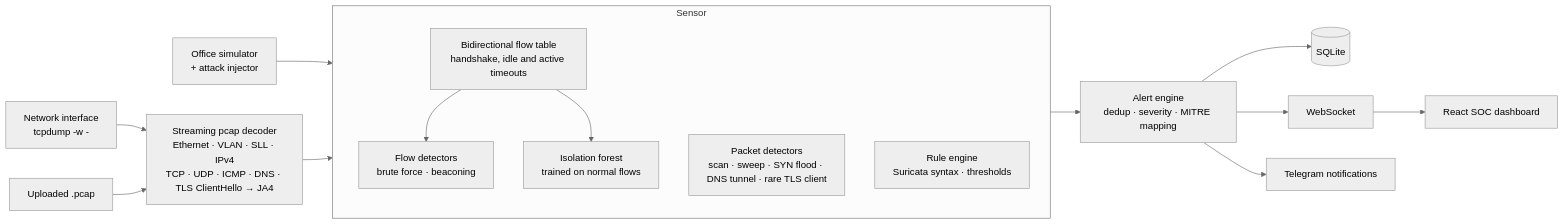
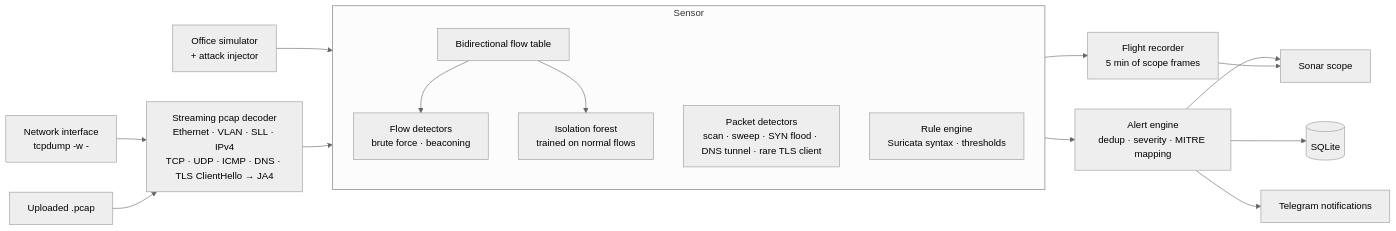
The diagram in README.md (Vishwanathanirv/Real-time-Intrusion-Detection-System-main), drawn with Mermaid (neutral theme) before and after one commit. The commit also changed other lines of this file and 25 other files, not shown here.

````diff
--- a/README.md
+++ b/README.md
@@ -67,20 +52,22 @@
 ```mermaid
 flowchart LR
   NIC[Network interface<br/>tcpdump -w -] --> P
   UP[Uploaded .pcap] --> P
   SIM[Office simulator<br/>+ attack injector] --> S
   P[Streaming pcap decoder<br/>Ethernet · VLAN · SLL · IPv4<br/>TCP · UDP · ICMP · DNS · TLS ClientHello → JA4] --> S
   subgraph S[Sensor]
-    FT[Bidirectional flow table<br/>handshake, idle and active timeouts]
+    FT[Bidirectional flow table]
     PD[Packet detectors<br/>scan · sweep · SYN flood · DNS tunnel · rare TLS client]
     RL[Rule engine<br/>Suricata syntax · thresholds]
     FD[Flow detectors<br/>brute force · beaconing]
     IF[Isolation forest<br/>trained on normal flows]
     FT --> FD
     FT --> IF
   end
   S --> AL[Alert engine<br/>dedup · severity · MITRE mapping]
+  S --> FR[Flight recorder<br/>5 min of scope frames]
+  AL --> UI[Sonar scope]
+  FR --> UI
   AL --> DB[(SQLite)]
-  AL --> WS[WebSocket] --> UI[React SOC dashboard]
   AL --> TG[Telegram notifications]
 ```
````
